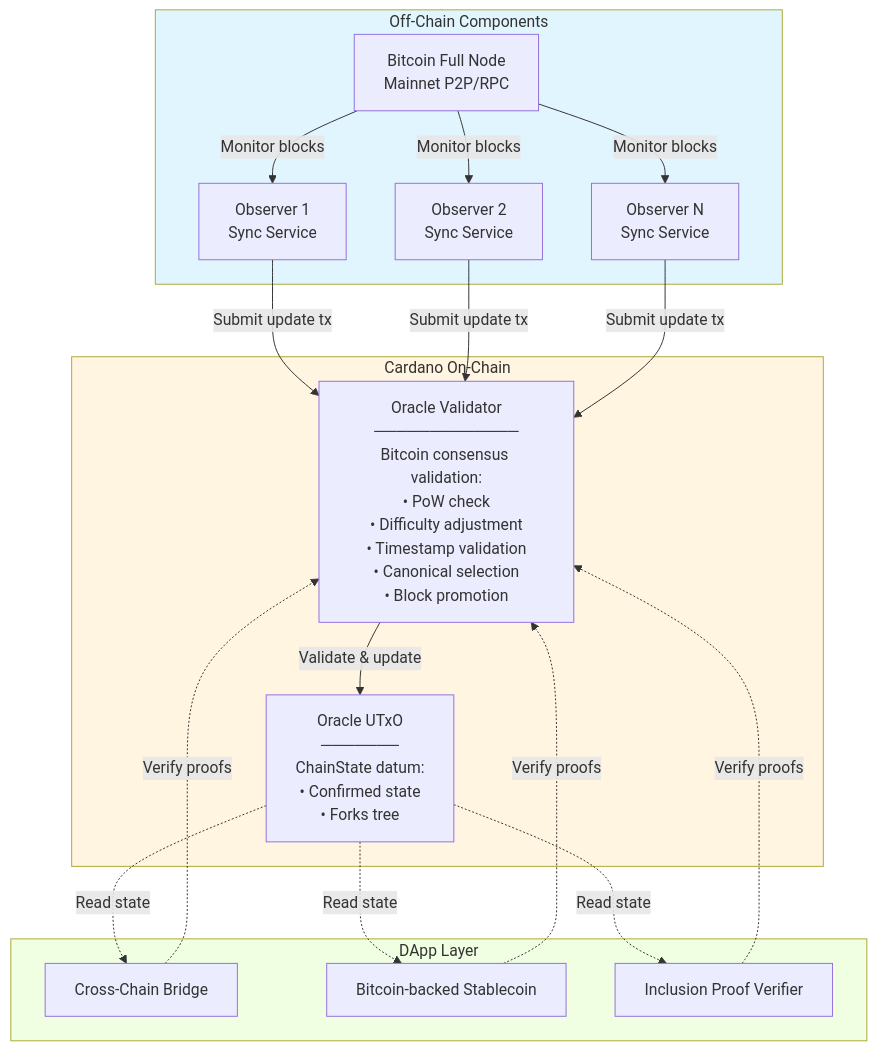
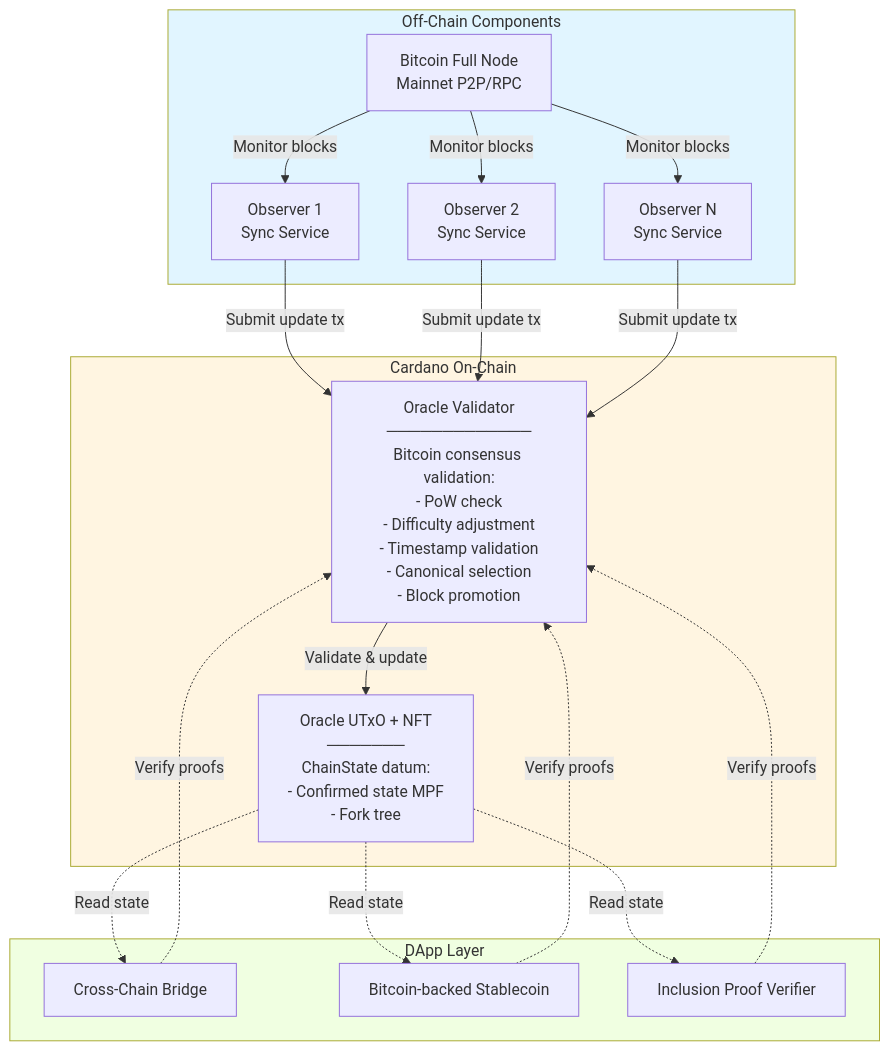
The fourth of 5 diagrams in Whitepaper.md (lantr-io/binocular), drawn with Mermaid before and after one commit. The commit also changed other lines of this file and 5 other files, not shown here.

````diff
--- a/Whitepaper.md
+++ b/Whitepaper.md
@@ -1053,42 +1519,42 @@
 ```mermaid
 graph TB
     subgraph Off-Chain["Off-Chain Components"]
         BTC[Bitcoin Full Node<br/>Mainnet P2P/RPC]
         Obs1[Observer 1<br/>Sync Service]
         Obs2[Observer 2<br/>Sync Service]
         ObsN[Observer N<br/>Sync Service]
     end
 
     subgraph On-Chain["Cardano On-Chain"]
-        UTxO[Oracle UTxO<br/>───────<br/>ChainState datum:<br/>• Confirmed state<br/>• Forks tree]
-        Validator[Oracle Validator<br/>─────────────<br/>Bitcoin consensus validation:<br/>• PoW check<br/>• Difficulty adjustment<br/>• Timestamp validation<br/>• Canonical selection<br/>• Block promotion]
+        UTxO["Oracle UTxO + NFT<br/>───────<br/>ChainState datum:<br/>- Confirmed state MPF<br/>- Fork tree"]
+        Validator["Oracle Validator<br/>─────────────<br/>Bitcoin consensus validation:<br/>- PoW check<br/>- Difficulty adjustment<br/>- Timestamp validation<br/>- Canonical selection<br/>- Block promotion"]
     end
 
     subgraph Applications["DApp Layer"]
         App1[Cross-Chain Bridge]
         App2[Bitcoin-backed Stablecoin]
         App3[Inclusion Proof Verifier]
     end
 
     BTC -->|Monitor blocks| Obs1
     BTC -->|Monitor blocks| Obs2
     BTC -->|Monitor blocks| ObsN
 
     Obs1 -->|Submit update tx| Validator
     Obs2 -->|Submit update tx| Validator
     ObsN -->|Submit update tx| Validator
 
     Validator -->|Validate & update| UTxO
 
     UTxO -.->|Read state| App1
     UTxO -.->|Read state| App2
     UTxO -.->|Read state| App3
 
     App1 -.->|Verify proofs| Validator
     App2 -.->|Verify proofs| Validator
     App3 -.->|Verify proofs| Validator
 
     style Off-Chain fill:#e1f5ff
     style On-Chain fill:#fff5e1
     style Applications fill:#f0ffe1
 ```
````
